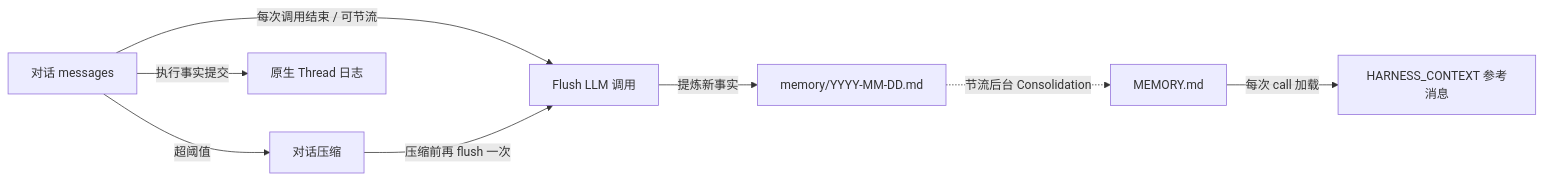
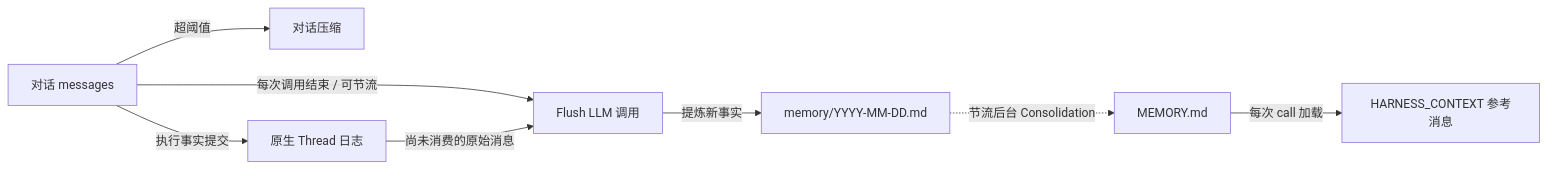
Before and after one commit to agentscope-ai/agentscope-java: the diagram in docs/dev/zh/docs/harness/memory.md, drawn with Mermaid. The commit also changed other lines of this file and 18 other files, not shown here.

````diff
--- a/docs/dev/zh/docs/harness/memory.md
+++ b/docs/dev/zh/docs/harness/memory.md
@@ -34,11 +34,11 @@
 ```mermaid
 graph LR
     Conv["对话 messages"]
     Conv -->|每次调用结束 / 可节流| Flush["Flush LLM 调用"]
     Flush -->|提炼新事实| Daily["memory/YYYY-MM-DD.md"]
     Conv -->|超阈值| Compactor["对话压缩"]
     Conv -->|执行事实提交| Sess["原生 Thread 日志"]
-    Compactor -->|压缩前再 flush 一次| Flush
+    Sess -->|尚未消费的原始消息| Flush
     Daily -. 节流后台 Consolidation .-> MEM["MEMORY.md"]
     MEM -->|每次 call 加载| SYS["HARNESS_CONTEXT 参考消息"]
 ```
````
